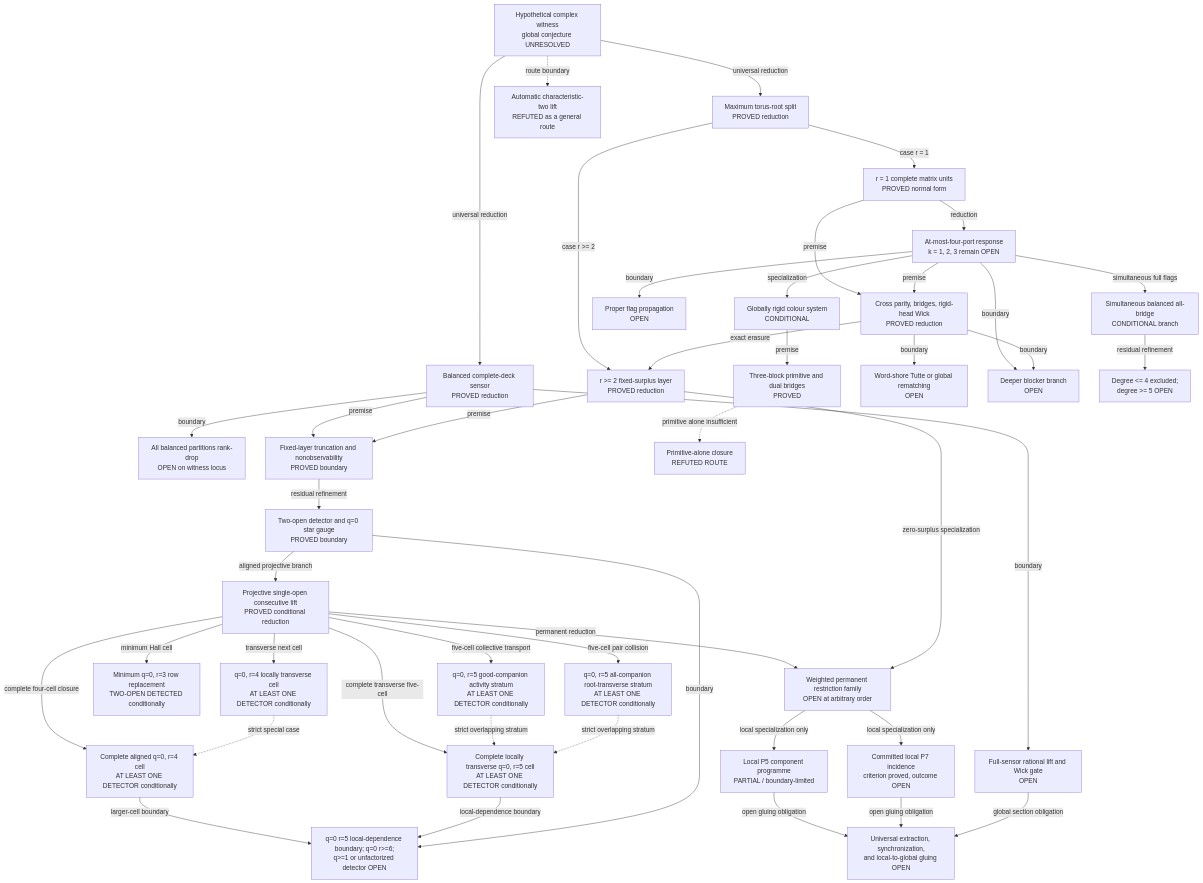
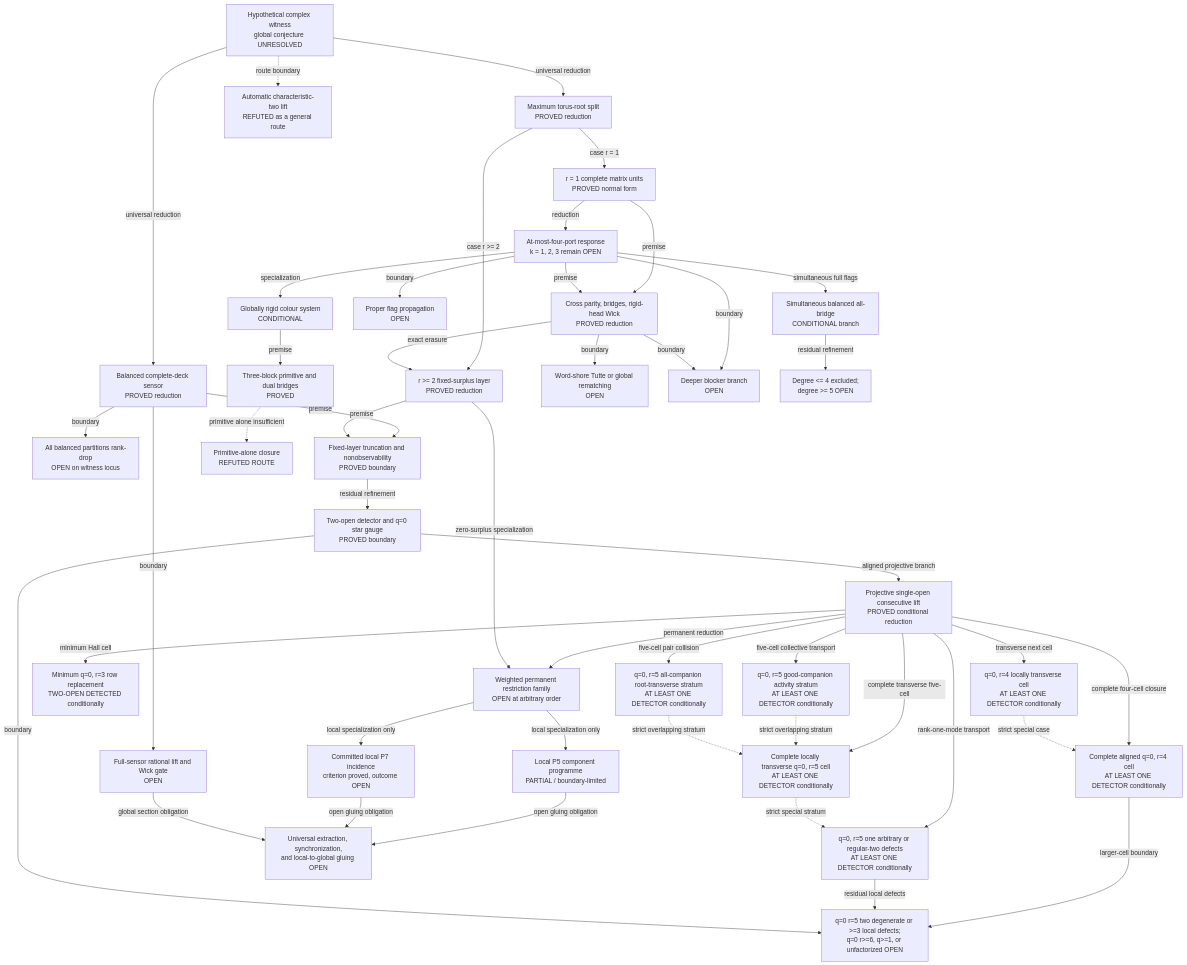
Before and after one commit to YesterdaysLemon/krenn-gu-research: the diagram in docs/current-frontier.md, drawn with Mermaid. The commit also changed other lines of this file and 6 other files, not shown here.

Commit message:
Extend five-cell detection across local defects (#91)

```diff
--- a/docs/current-frontier.md
+++ b/docs/current-frontier.md
@@ -60,7 +60,8 @@
   O2V["q=0, r=5 good-companion activity stratum<br/>AT LEAST ONE DETECTOR conditionally"]
   O2A["q=0, r=5 all-companion root-transverse stratum<br/>AT LEAST ONE DETECTOR conditionally"]
   O2C["Complete locally transverse q=0, r=5 cell<br/>AT LEAST ONE DETECTOR conditionally"]
-  O3["q=0 r=5 local-dependence boundary; q=0 r>=6;<br/>q>=1 or unfactorized detector OPEN"]
+  O2D["q=0, r=5 one arbitrary or regular-two defects<br/>AT LEAST ONE DETECTOR conditionally"]
+  O3["q=0 r=5 two degenerate or >=3 local defects;<br/>q=0 r>=6, q>=1, or unfactorized OPEN"]
 
   U1["r = 1 complete matrix units<br/>PROVED normal form"]
   U2["At-most-four-port response<br/>k = 1, 2, 3 remain OPEN"]
@@ -98,11 +99,13 @@
   O2P -->|five-cell collective transport| O2V
   O2P -->|five-cell pair collision| O2A
   O2P -->|complete transverse five-cell| O2C
+  O2P -->|rank-one-mode transport| O2D
   O2T -. strict special case .-> O2F
   O2V -. strict overlapping stratum .-> O2C
   O2A -. strict overlapping stratum .-> O2C
+  O2C -. strict special stratum .-> O2D
   O2F -->|larger-cell boundary| O3
-  O2C -->|local-dependence boundary| O3
+  O2D -->|residual local defects| O3
   O2 -->|boundary| O3
   M2 -->|zero-surplus specialization| PR
 
```
